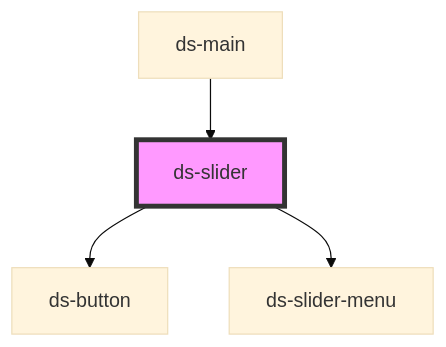
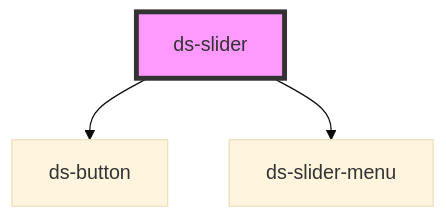
Before and after one commit to jezoock/dot-stash: the diagram in components/ui/slider/readme.md, drawn with Mermaid (base theme). The commit also changed other lines of this file and 22 other files, not shown here.

````diff
--- a/components/ui/slider/readme.md
+++ b/components/ui/slider/readme.md
@@ -50,7 +46,6 @@
 ```mermaid
 graph TD;
   ds-slider --> ds-button
   ds-slider --> ds-slider-menu
-  ds-main --> ds-slider
   style ds-slider fill:#f9f,stroke:#333,stroke-width:4px
 ```
````
